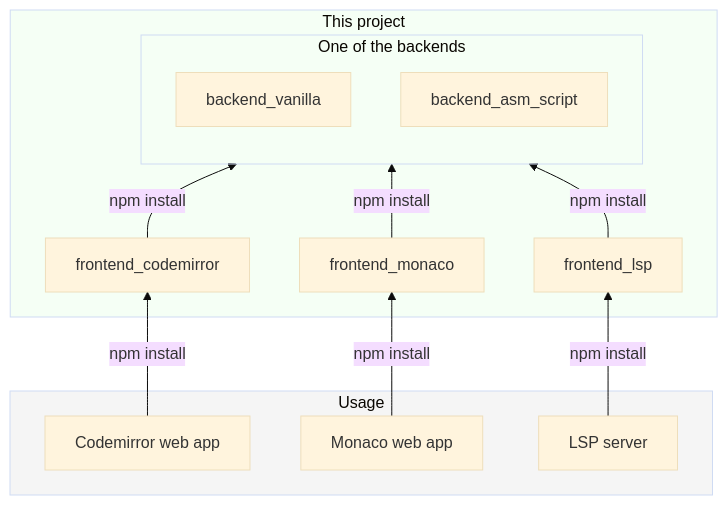
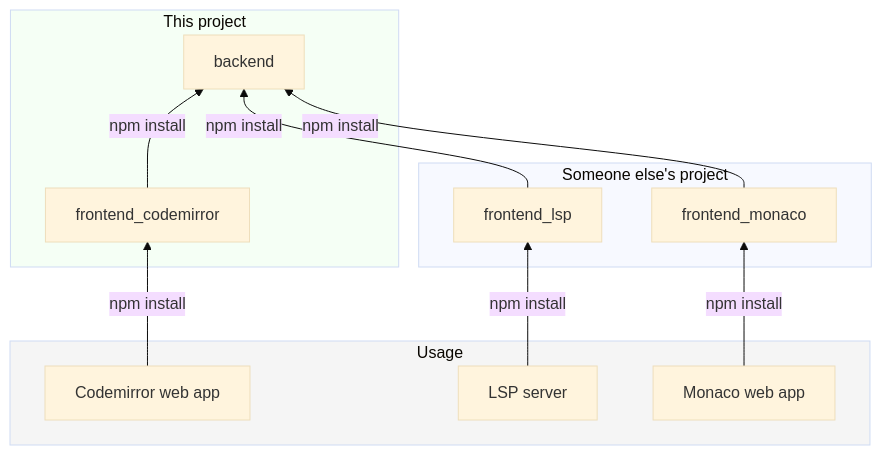
One commit to ruzito/oas-aware-rest-lang-support changed the diagram in README.md. Above: the diagram before and after it, drawn with Mermaid (base theme). The commit also changed 20 other files, not shown here.

Commit message:
only one backend with incremental optimizations

````diff
--- a/README.md
+++ b/README.md
@@ -58,27 +58,25 @@
 ```mermaid
 flowchart BT;
-    subgraph backend[One of the backends]
-        backend_vanilla;
-        backend_asm_script;
+    backend;
+    subgraph project[This project]
+        backend;
+        frontend_codemirror;
+    end
+    subgraph other_project[Someone else's project]
+        frontend_lsp;
+        frontend_monaco;
     end
     frontend_codemirror--npm install-->backend;
+    frontend_lsp--npm install-->backend;
     frontend_monaco--npm install-->backend;
-    frontend_lsp--npm install-->backend;
-    subgraph project[This project]
-        backend;
-        frontend_lsp;
-        frontend_monaco;
-        frontend_codemirror;
-    end
     subgraph Usage
         LSP;
         Monaco;
         Codemirror;
     end
     LSP[LSP server]--npm install-->frontend_lsp;
     Monaco[Monaco web app]--npm install-->frontend_monaco;
     Codemirror[Codemirror web app]--npm install-->frontend_codemirror;
     style project fill:#00ff000a
-    style backend fill:#00000000
     style Usage fill:#0000000a
 ```
````
